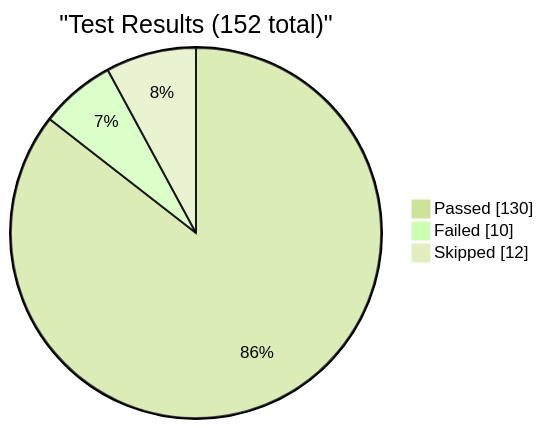
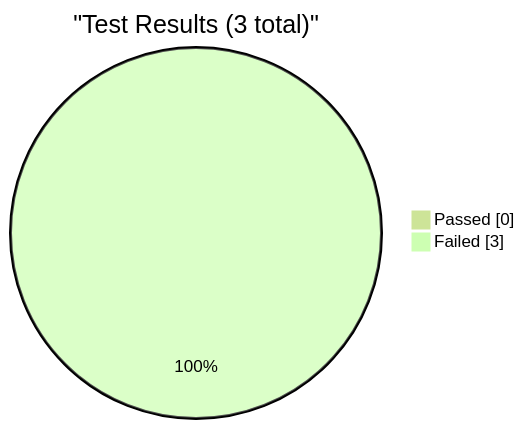
One commit to EliteaAI/onetest-ai-tm-Elitea changed the first of 4 diagrams in reports/dashboard.md. Above: the diagram before and after it, drawn with Mermaid (forest theme). The commit also changed other lines of this file and 1 other file, not shown here.

Commit message:
dashboard: update test metrics for RUN-ELITEA-2026-08-24-49-DEV-STABLE-ADMIN-PIPELINES-FAILED

````diff
--- a/reports/dashboard.md
+++ b/reports/dashboard.md
@@ -9,7 +9,6 @@
 ```mermaid
 pie showData
-    title "Test Results (152 total)"
-    "Passed" : 130
-    "Failed" : 10
-    "Skipped" : 12
+    title "Test Results (3 total)"
+    "Passed" : 0
+    "Failed" : 3
 ```
````
